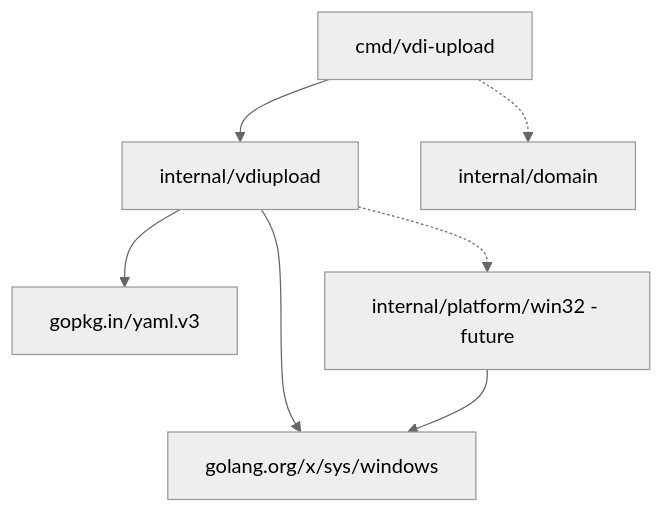
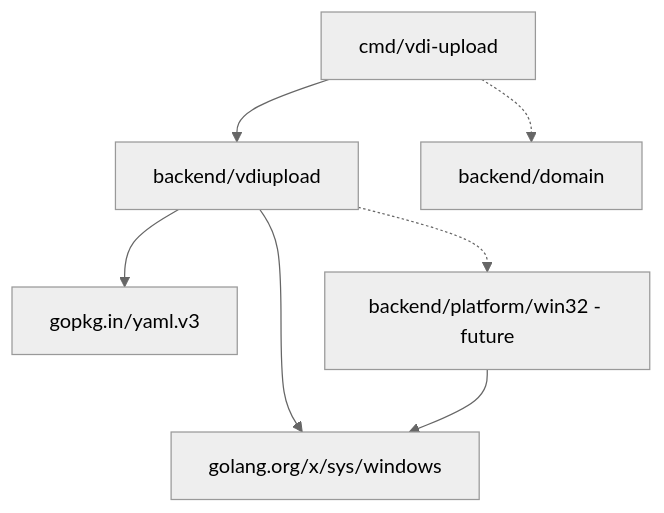
One commit to zcharym/talus-mofish changed the seventh of 8 diagrams in docs/domains/vdiupload/DESIGN.md. Above: the diagram before and after it, drawn with Mermaid (neutral theme). The commit also changed other lines of this file and 162 other files, not shown here.

````diff
--- a/docs/domains/vdiupload/DESIGN.md
+++ b/docs/domains/vdiupload/DESIGN.md
@@ -676,16 +676,16 @@
 ```mermaid
 flowchart TB
   cmd["cmd/vdi-upload"]
-  vu["internal/vdiupload"]
-  dom["internal/domain"]
+  vu["backend/vdiupload"]
+  dom["backend/domain"]
   yaml["gopkg.in/yaml.v3"]
   xsys["golang.org/x/sys/windows"]
-  future["internal/platform/win32 - future"]
+  future["backend/platform/win32 - future"]
 
   cmd --> vu
   vu --> yaml
   vu --> xsys
   cmd -.-> dom
   vu -.-> future
   future --> xsys
 ```
````
